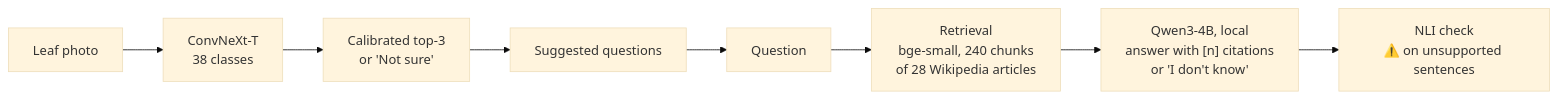
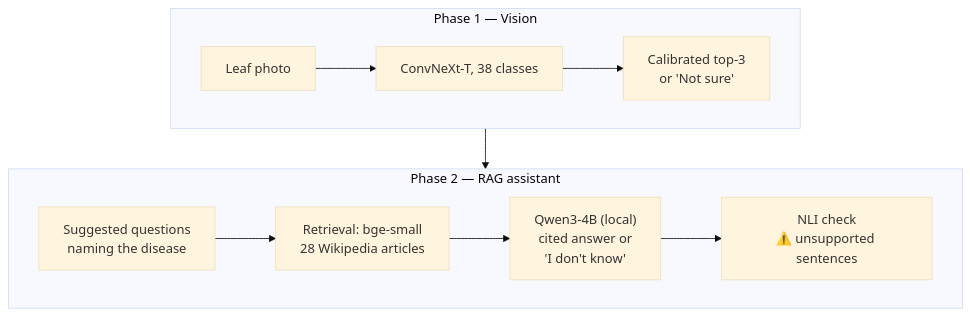
One commit to marconcini/leafscan changed the diagram in README.md. Above: the diagram before and after it, drawn with Mermaid (base theme).

Commit message:
docs(readme): two-row pipeline diagram

````diff
--- a/README.md
+++ b/README.md
@@ -19,10 +19,12 @@
 ```mermaid
-flowchart LR
-    A[Leaf photo] --> B["ConvNeXt-T<br/>38 classes"]
-    B --> C["Calibrated top-3<br/>or 'Not sure'"]
-    C --> D[Suggested questions]
-    D --> E[Question]
-    E --> F["Retrieval<br/>bge-small, 240 chunks<br/>of 28 Wikipedia articles"]
-    F --> G["Qwen3-4B, local<br/>answer with [n] citations<br/>or 'I don't know'"]
-    G --> H["NLI check<br/>⚠️ on unsupported sentences"]
+flowchart TB
+    subgraph V["Phase 1 — Vision"]
+        direction LR
+        A[Leaf photo] --> B["ConvNeXt-T, 38 classes"] --> C["Calibrated top-3<br/>or 'Not sure'"]
+    end
+    subgraph R["Phase 2 — RAG assistant"]
+        direction LR
+        D["Suggested questions<br/>naming the disease"] --> F["Retrieval: bge-small<br/>28 Wikipedia articles"] --> G["Qwen3-4B (local)<br/>cited answer or<br/>'I don't know'"] --> H["NLI check<br/>⚠️ unsupported sentences"]
+    end
+    C --> D
 ```
````
